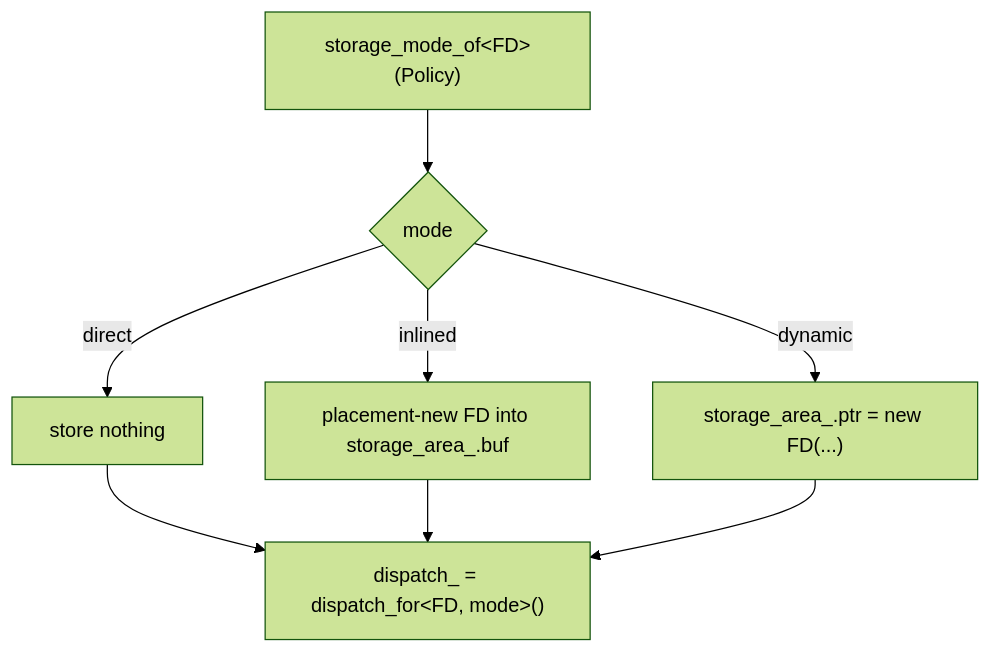
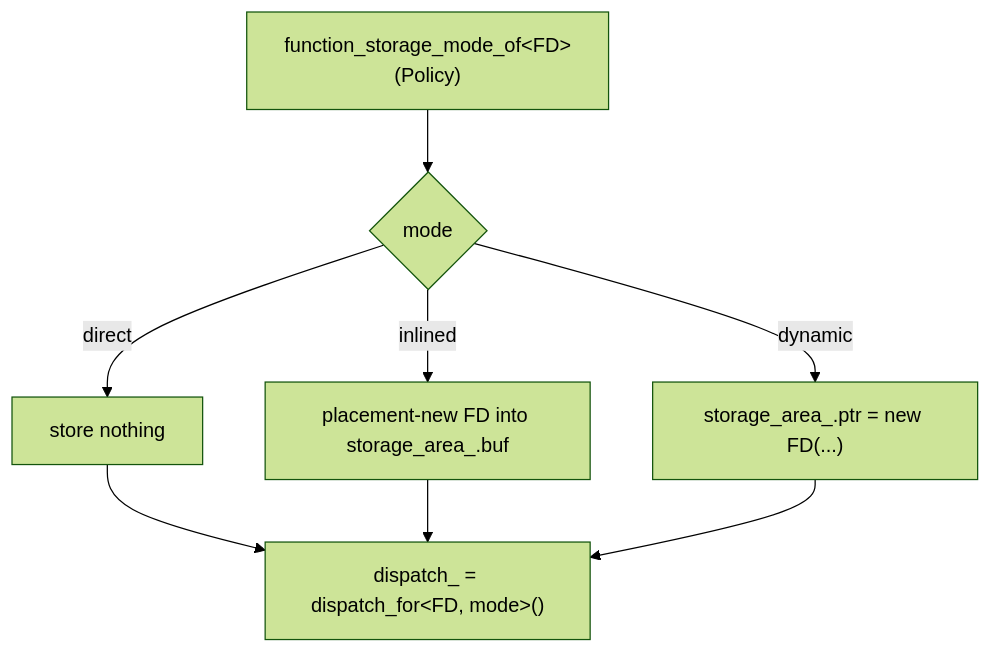
One commit to stevensudit/Corvid changed the second of 3 diagrams in corvid/meta/invoke/flexi_function.md. Above: the diagram before and after it, drawn with Mermaid (forest theme). The commit also changed other lines of this file and 6 other files, not shown here.

````diff
--- a/corvid/meta/invoke/flexi_function.md
+++ b/corvid/meta/invoke/flexi_function.md
@@ -302,10 +302,10 @@
 ```mermaid
 flowchart TD
-    s["storage_mode_of&lt;FD&gt;(Policy)"] --> m{mode}
+    s["function_storage_mode_of&lt;FD&gt;(Policy)"] --> m{mode}
     m -->|direct| d["store nothing"]
     m -->|inlined| i["placement-new FD into storage_area_.buf"]
     m -->|dynamic| h["storage_area_.ptr = new FD(...)"]
     d --> p["dispatch_ = dispatch_for&lt;FD, mode&gt;()"]
     i --> p
     h --> p
 ```
````
